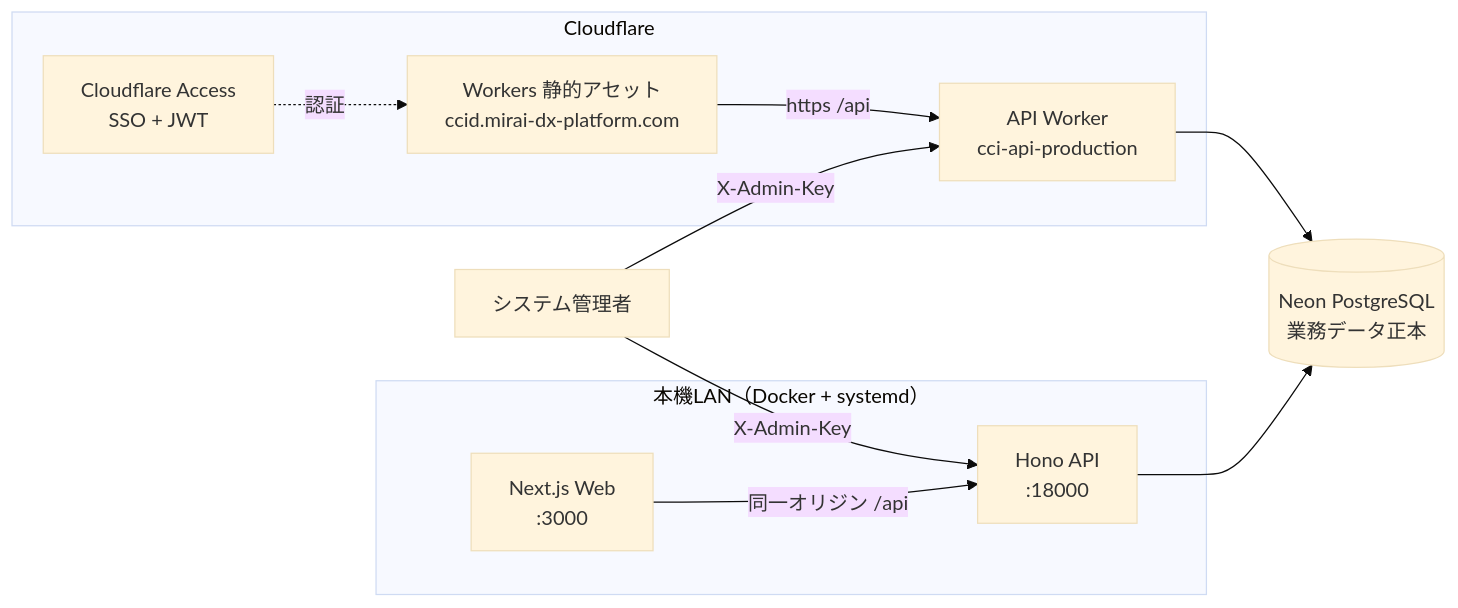
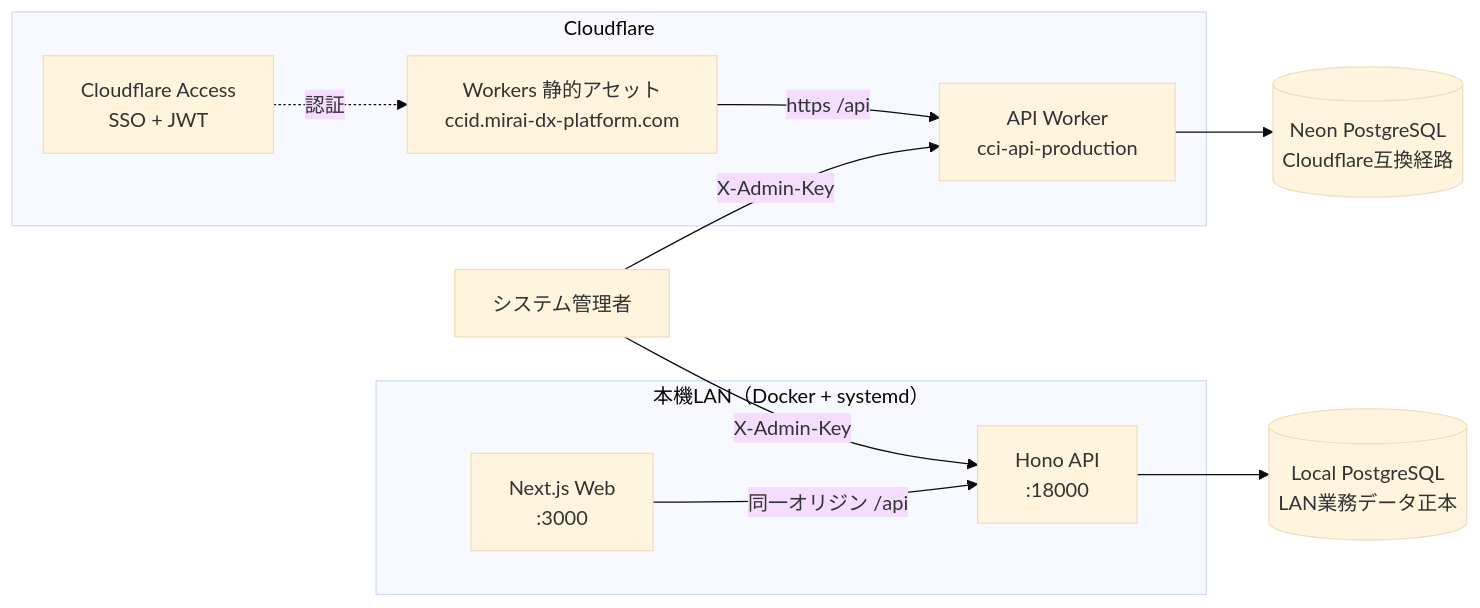
One commit to Kensan196948G/Civil-Cost-Index-Dashboard changed the second of 9 diagrams in README.md. Above: the diagram before and after it, drawn with Mermaid (base theme). The commit also changed other lines of this file and 19 other files, not shown here.

Commit message:
feat: Local PostgreSQL運用を再現可能にする (#54)

````diff
--- a/README.md
+++ b/README.md
@@ -127,14 +127,14 @@
 ```mermaid
 flowchart LR
     subgraph LAN["本機LAN（Docker + systemd）"]
         LW["Next.js Web<br/>:3000"] -->|"同一オリジン /api"| LA["Hono API<br/>:18000"]
     end
     subgraph CF["Cloudflare"]
         CW["Workers 静的アセット<br/>ccid.mirai-dx-platform.com"] -->|"https /api"| CA["API Worker<br/>cci-api-production"]
         ACC["Cloudflare Access<br/>SSO + JWT"] -. 認証 .-> CW
     end
-    LA --> DB[("Neon PostgreSQL<br/>業務データ正本")]
-    CA --> DB
+    LA --> LDB[("Local PostgreSQL<br/>LAN業務データ正本")]
+    CA --> NDB[("Neon PostgreSQL<br/>Cloudflare互換経路")]
     ADM["システム管理者"] -->|"X-Admin-Key"| LA
     ADM -->|"X-Admin-Key"| CA
 ```
````
